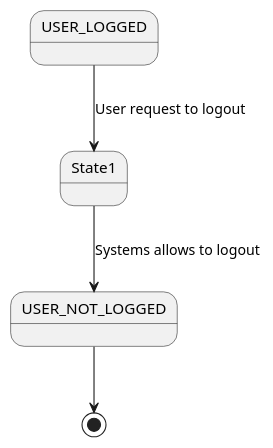
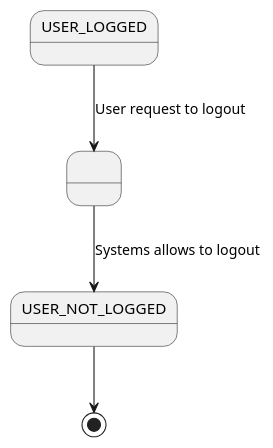
The fifth of 7 diagrams in index.adoc (nataliacasanova/analesdelaciencia), drawn with PlantUML before and after one commit. The commit also changed other lines of this file and 23 other files, not shown here.

```diff
--- a/index.adoc
+++ b/index.adoc
@@ -187,8 +190,11 @@
 [plantuml, logoutUseCase, svg]
 ....
+
+state " " as State1
+
 USER_LOGGED -down-> State1 : User request to logout
 
 State1 --> USER_NOT_LOGGED : Systems allows to logout
 
 USER_NOT_LOGGED --> [*]
 ....
```
